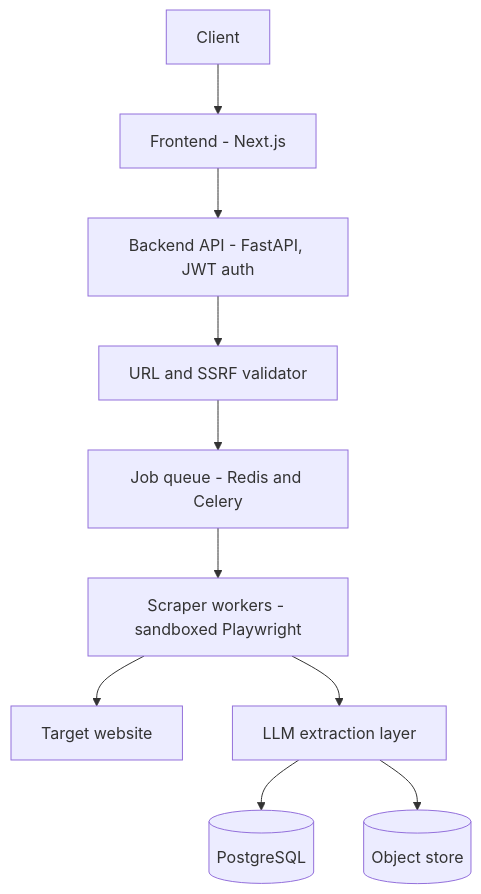
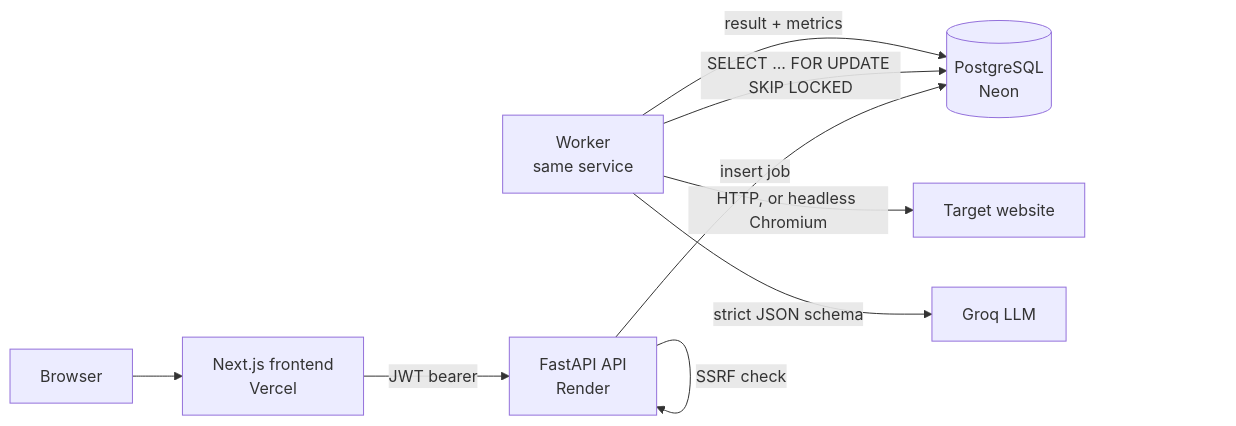
One commit to rahulrvu-24/smart-web-scraper changed the diagram in README.md. Above: the diagram before and after it, drawn with Mermaid. The commit also changed other lines of this file, not shown here.

First line of the commit message:
docs: rewrite README for the shipped architecture

````diff
--- a/README.md
+++ b/README.md
@@ -17,12 +18,11 @@
 ```mermaid
-flowchart TD
-  A[Client] --> B[Frontend - Next.js]
-  B --> C[Backend API - FastAPI, JWT auth]
-  C --> D[URL and SSRF validator]
-  D --> E[Job queue - Redis and Celery]
-  E --> F[Scraper workers - sandboxed Playwright]
-  F --> G[Target website]
-  F --> H[LLM extraction layer]
-  H --> I[(PostgreSQL)]
-  H --> J[(Object store)]
+flowchart LR
+  U[Browser] --> F[Next.js frontend<br/>Vercel]
+  F -->|JWT bearer| A[FastAPI API<br/>Render]
+  A -->|SSRF check| A
+  A -->|insert job| P[(PostgreSQL<br/>Neon)]
+  W[Worker<br/>same service] -->|SELECT ... FOR UPDATE SKIP LOCKED| P
+  W -->|HTTP, or headless Chromium| T[Target website]
+  W -->|strict JSON schema| L[Groq LLM]
+  W -->|result + metrics| P
 ```
````
